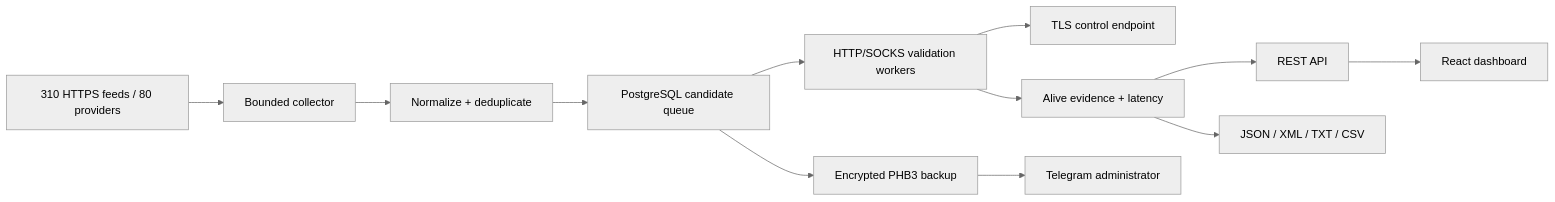
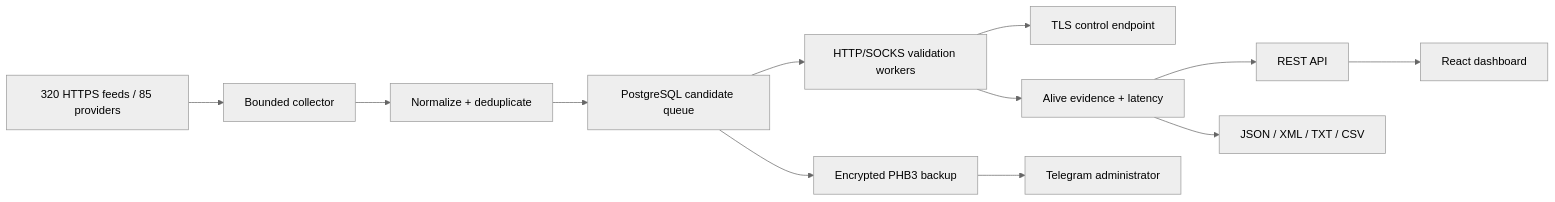
The diagram in README.md (Xsenus/ProxyHarbor), drawn with Mermaid (neutral theme) before and after one commit. The commit also changed other lines of this file and 21 other files, not shown here.

````diff
--- a/README.md
+++ b/README.md
@@ -48,14 +48,14 @@
 ```mermaid
 flowchart LR
-    A["310 HTTPS feeds / 80 providers"] --> B["Bounded collector"]
+    A["320 HTTPS feeds / 85 providers"] --> B["Bounded collector"]
     B --> C["Normalize + deduplicate"]
     C --> D["PostgreSQL candidate queue"]
     D --> E["HTTP/SOCKS validation workers"]
     E --> F["TLS control endpoint"]
     E --> G["Alive evidence + latency"]
     G --> H["REST API"]
     G --> I["JSON / XML / TXT / CSV"]
     H --> J["React dashboard"]
     D --> K["Encrypted PHB3 backup"]
     K --> L["Telegram administrator"]
 ```
````
